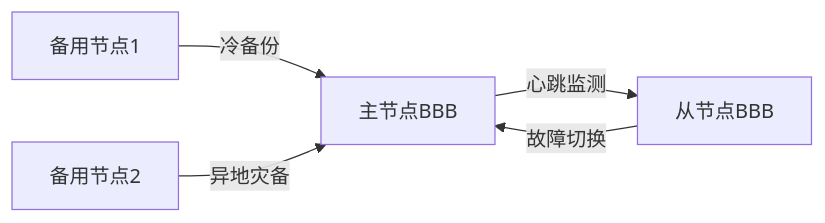
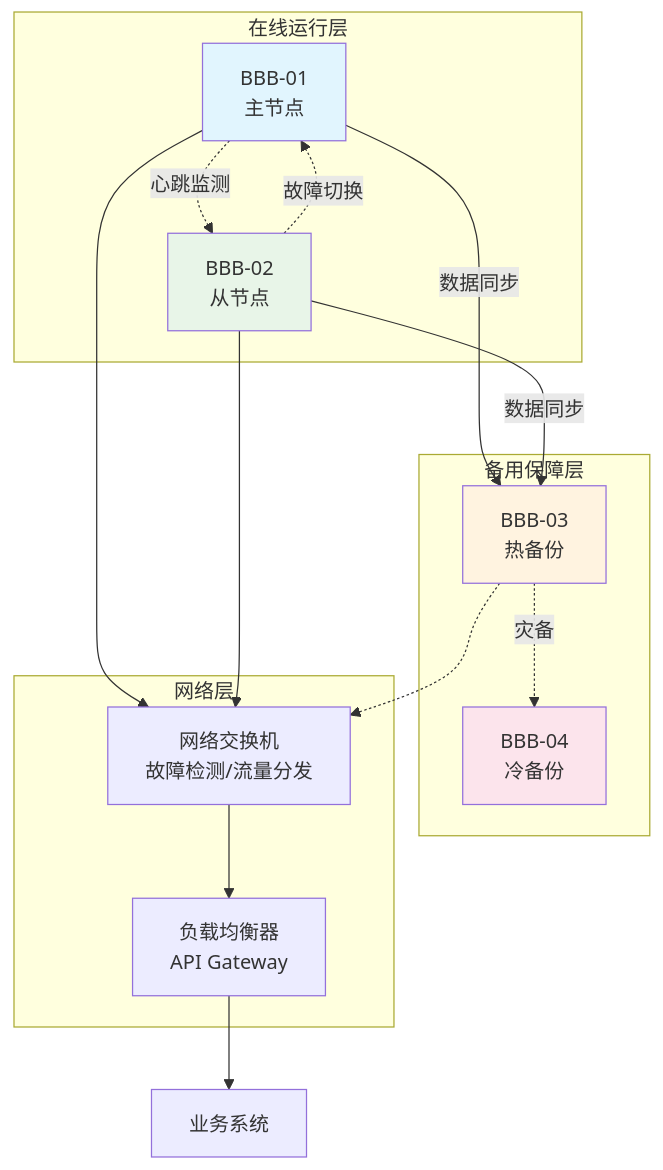
Before and after one commit to Mythflair/zisai.com: the diagram in content/posts/bbb_hardware_solution.md, drawn with Mermaid.

Commit message:
新增文章

```diff
--- a/content/posts/bbb_hardware_solution.md
+++ b/content/posts/bbb_hardware_solution.md
@@ -80,7 +80,33 @@
 {{% mermaid %}}
-graph LR
-  A[主节点BBB] -->|心跳监测| B[从节点BBB]
-  B -->|故障切换| A
-  C[备用节点1] -->|冷备份| A
-  D[备用节点2] -->|异地灾备| A
+graph TB
+subgraph "在线运行层"
+A[BBB-01<br/>主节点]
+B[BBB-02<br/>从节点]
+end
+subgraph "备用保障层"
+    C[BBB-03<br/>热备份]
+    D[BBB-04<br/>冷备份]
+end
+
+subgraph "网络层"
+    E[网络交换机<br/>故障检测/流量分发]
+    F[负载均衡器<br/>API Gateway]
+end
+
+A -.->|心跳监测| B
+B -.->|故障切换| A
+A -->|数据同步| C
+B -->|数据同步| C
+C -.->|灾备| D
+
+A --> E
+B --> E
+C -.-> E
+E --> F
+F --> G[业务系统]
+
+style A fill:#e1f5fe
+style B fill:#e8f5e8
+style C fill:#fff3e0
+style D fill:#fce4ec
 {{% /mermaid %}}
```
